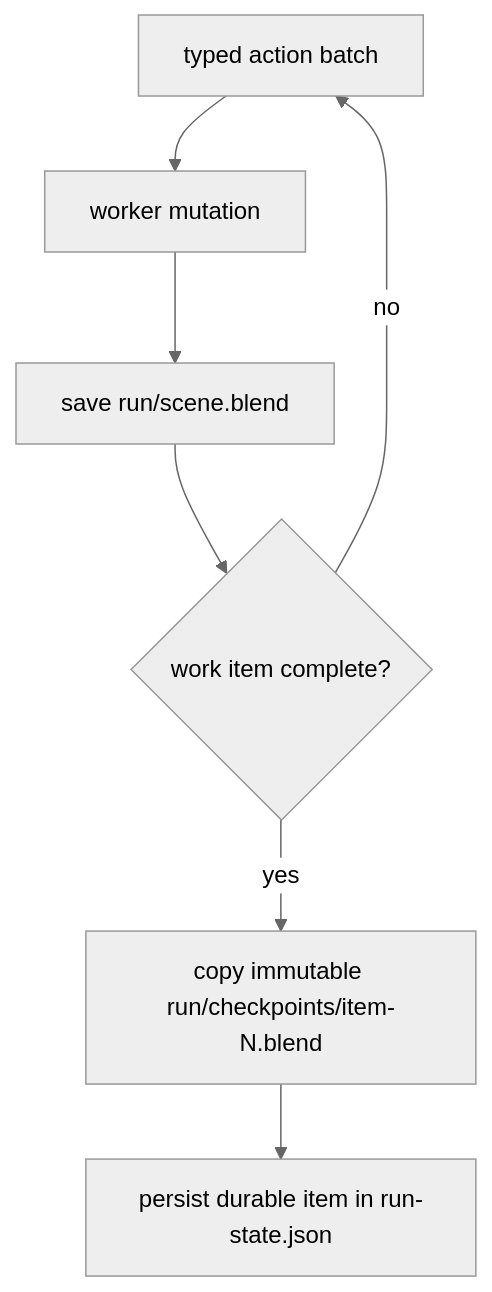
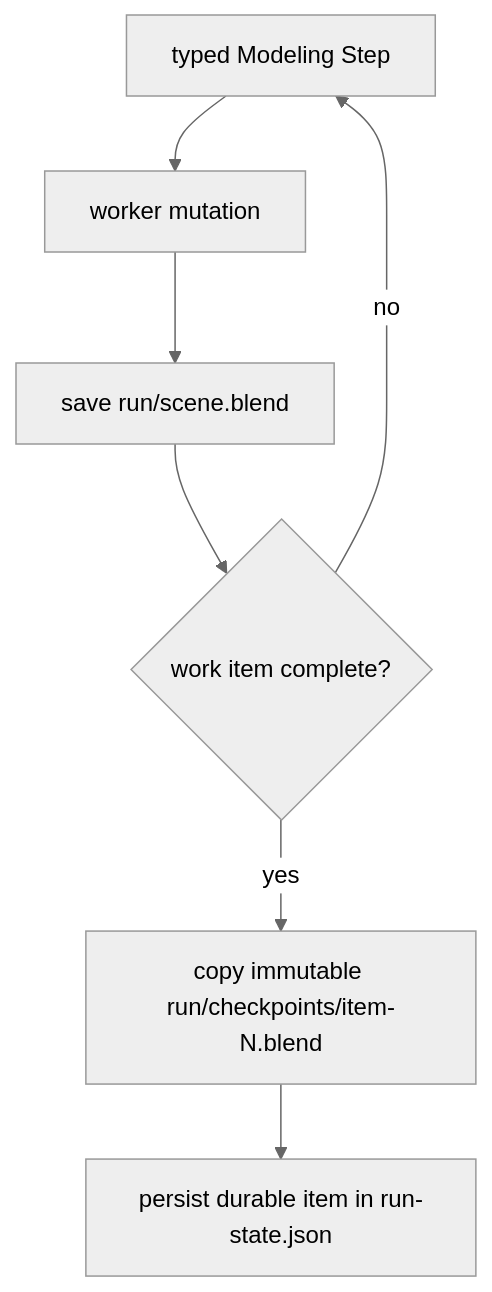
The second of 2 diagrams in docs/architecture.md (ifranlaloe/Aculptoi), drawn with Mermaid (neutral theme) before and after one commit. The commit also changed other lines of this file and 28 other files, not shown here.

````diff
--- a/docs/architecture.md
+++ b/docs/architecture.md
@@ -162,9 +166,9 @@
 ```mermaid
 flowchart TD
-    A[typed action batch] --> B[worker mutation]
+    A[typed Modeling Step] --> B[worker mutation]
     B --> C[save run/scene.blend]
     C --> D{work item complete?}
     D -->|no| A
     D -->|yes| E[copy immutable run/checkpoints/item-N.blend]
     E --> F[persist durable item in run-state.json]
 ```
````
